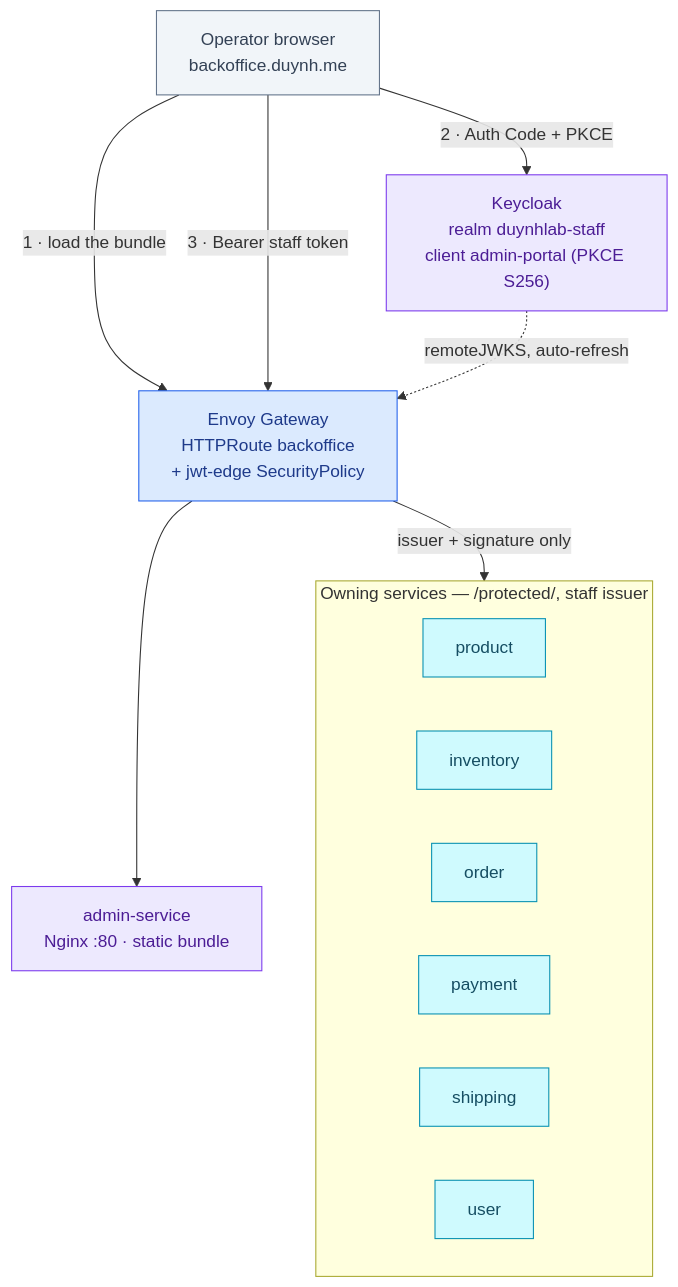
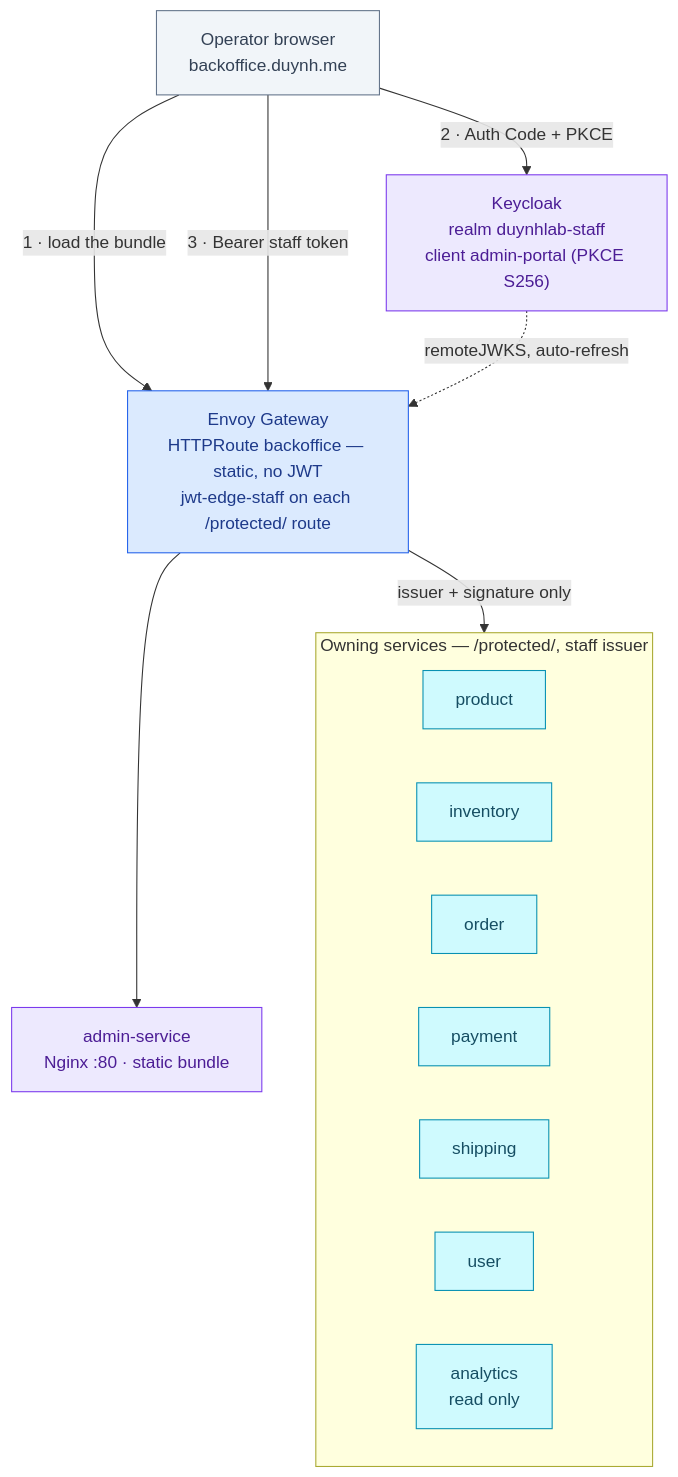
The diagram in docs/frontend/admin-portal/README.md (duynhlab/homelab), drawn with Mermaid before and after one commit. The commit also changed other lines of this file and 35 other files, not shown here.

````diff
--- a/docs/frontend/admin-portal/README.md
+++ b/docs/frontend/admin-portal/README.md
@@ -44,32 +44,33 @@
 ```mermaid
 flowchart TB
   OP["Operator browser<br/>backoffice.duynh.me"]
   KC["Keycloak<br/>realm duynhlab-staff<br/>client admin-portal (PKCE S256)"]
-  EG["Envoy Gateway<br/>HTTPRoute backoffice<br/>+ jwt-edge SecurityPolicy"]
+  EG["Envoy Gateway<br/>HTTPRoute backoffice — static, no JWT<br/>jwt-edge-staff on each /protected/ route"]
   PORTAL["admin-service<br/>Nginx :80 · static bundle"]
 
   subgraph OWN["Owning services — /protected/, staff issuer"]
     PROD["product"]
     INV["inventory"]
     ORD["order"]
     PAY["payment"]
     SHIP["shipping"]
     USER["user"]
+    ANA["analytics<br/>read only"]
   end
 
   OP -->|"1 · load the bundle"| EG
   EG --> PORTAL
   OP -->|"2 · Auth Code + PKCE"| KC
   OP -->|"3 · Bearer staff token"| EG
   EG -->|"issuer + signature only"| OWN
   KC -.->|"remoteJWKS, auto-refresh"| EG
 
   classDef external fill:#f1f5f9,color:#334155,stroke:#64748b;
   classDef edge fill:#dbeafe,color:#1e3a8a,stroke:#2563eb;
   classDef platform fill:#ede9fe,color:#4c1d95,stroke:#7c3aed;
   classDef service fill:#cffafe,color:#164e63,stroke:#0891b2;
   class OP external
   class EG edge
   class KC,PORTAL platform
-  class PROD,INV,ORD,PAY,SHIP,USER service
+  class PROD,INV,ORD,PAY,SHIP,USER,ANA service
 ```
````
